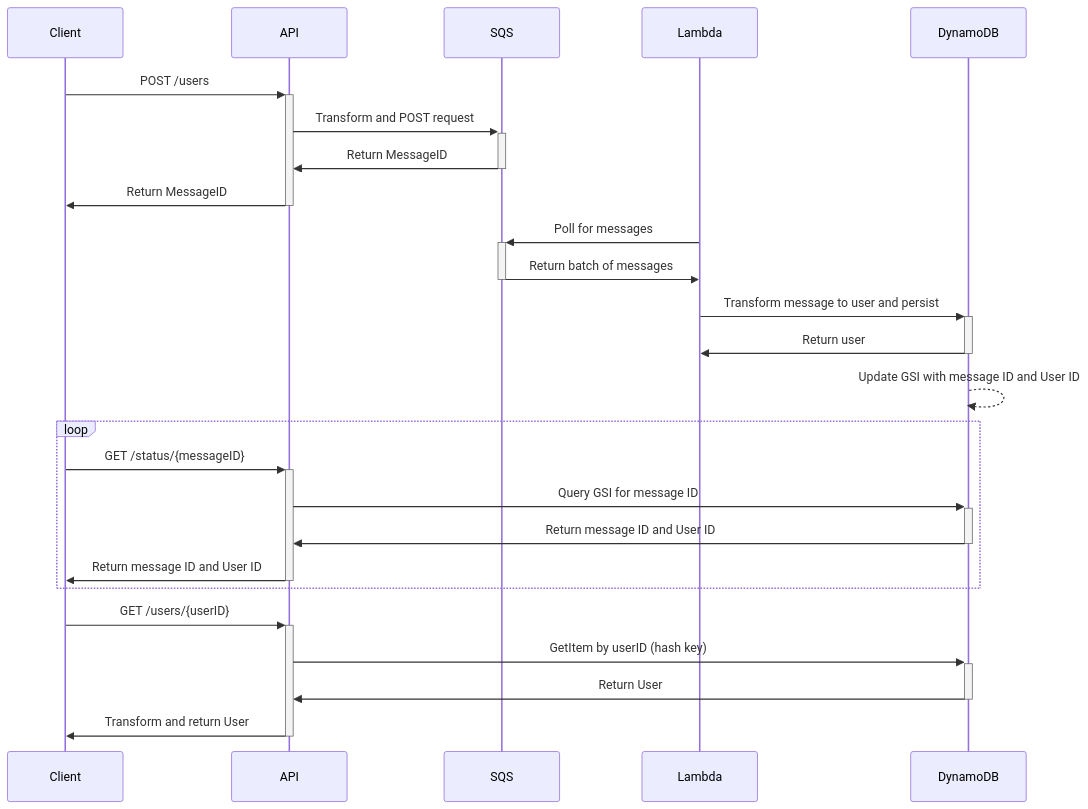
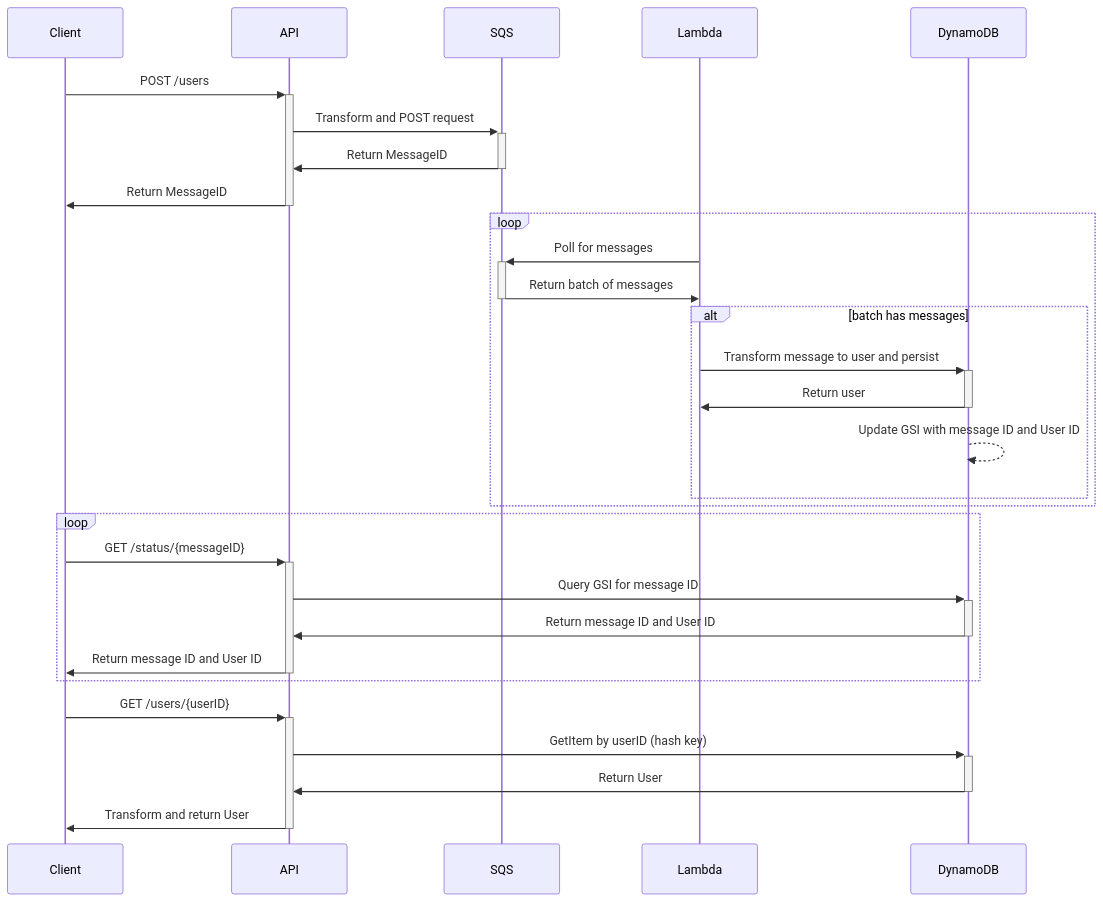
The diagram in README.md (akijowski/aws-serverless-async), drawn with Mermaid before and after one commit.

Commit message:
update sequence diagram

````diff
--- a/README.md
+++ b/README.md
@@ -20,27 +20,31 @@
 ```mermaid
 sequenceDiagram
     participant Client
     participant API
     participant SQS
     participant Lambda
     participant DynamoDB
     Client->>+API: POST /users
     API->>+SQS: Transform and POST request
     SQS->>-API: Return MessageID
     API->>-Client: Return MessageID
+    loop
     Lambda->>+SQS: Poll for messages
     SQS->>-Lambda: Return batch of messages
+    alt batch has messages
     Lambda->>+DynamoDB: Transform message to user and persist
     DynamoDB->>-Lambda: Return user
     DynamoDB-->>DynamoDB: Update GSI with message ID and User ID
+    end
+    end
     loop
     Client->>+API: GET /status/{messageID}
     API->>+DynamoDB: Query GSI for message ID
     DynamoDB->>-API: Return message ID and User ID
     API->>-Client: Return message ID and User ID
     end
     Client->>+API: GET /users/{userID}
     API->>+DynamoDB: GetItem by userID (hash key)
     DynamoDB->>-API: Return User
     API->>-Client: Transform and return User
 ```
````
